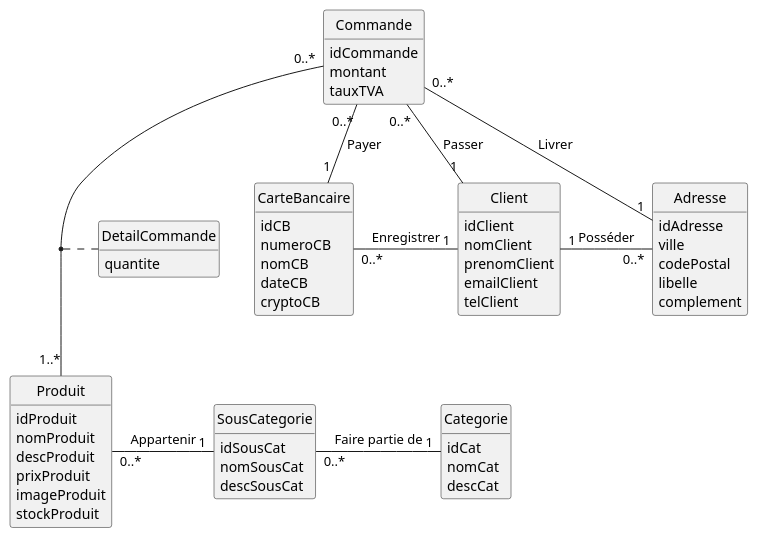
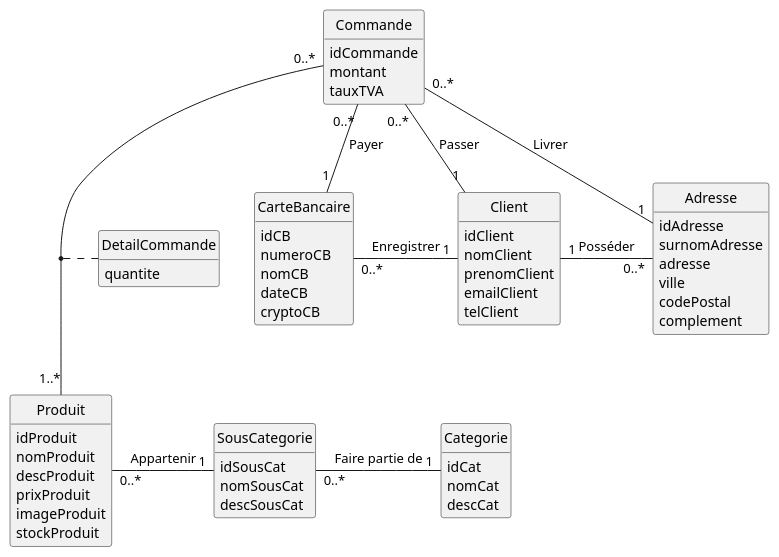
The diagram in bd/dc.plantuml (IUT-Blagnac/sae3-01-devapp-g2a-9), drawn with PlantUML before and after one commit.

Commit message:
correction dc uml

```diff
--- a/bd/dc.plantuml
+++ b/bd/dc.plantuml
@@ -1,62 +1,63 @@
 @startuml
 class Produit{
     idProduit
     nomProduit
     descProduit
     prixProduit
     imageProduit
     stockProduit
 }
 class Categorie{
     idCat
     nomCat
     descCat
 }
 class SousCategorie{
     idSousCat
     nomSousCat
     descSousCat
 }
 class DetailCommande{
     quantite    
 }
 class Commande{
     idCommande
     montant
     tauxTVA
 }
 class Client{
     idClient
     nomClient
     prenomClient
     emailClient
     telClient
 }
 class Adresse{
     idAdresse
+    surnomAdresse
+    adresse
     ville
     codePostal
-    libelle
     complement
 }
 class CarteBancaire{
     idCB
     numeroCB
     nomCB
     dateCB
     cryptoCB
 }
 
 Produit "0..*" - "1" SousCategorie : Appartenir
 SousCategorie "0..*" - "1" Categorie : Faire partie de
 Commande "0..*" -- "1..*" Produit
 (Commande, Produit) .. DetailCommande
 Commande "0..*" -- "1" Client : Passer
 Client "1" - "0..*" Adresse : Posséder
 CarteBancaire "0..*" - "1" Client : Enregistrer
 Commande "0..*" -- "1" CarteBancaire : Payer
 Commande "0..*" - "1" Adresse : Livrer
 
 hide empty methods
 hide circle
 @enduml
```
